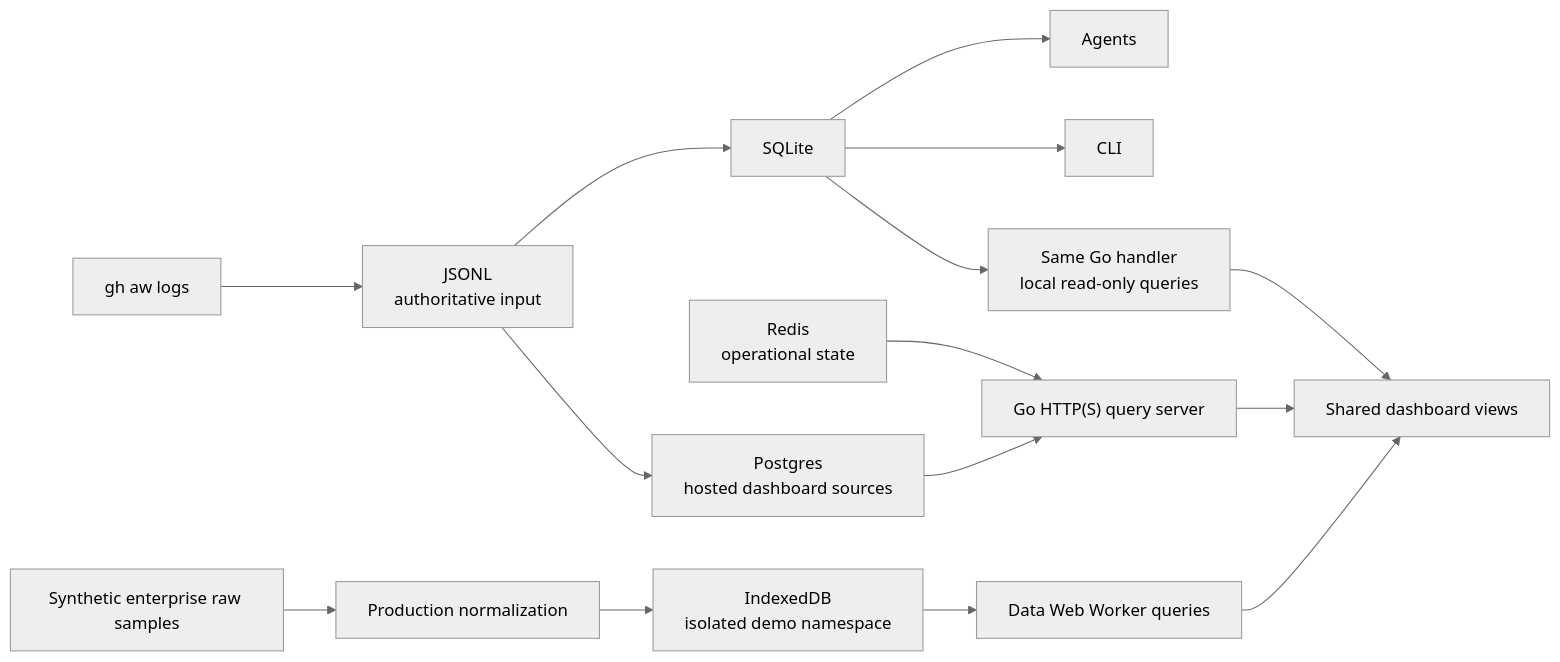
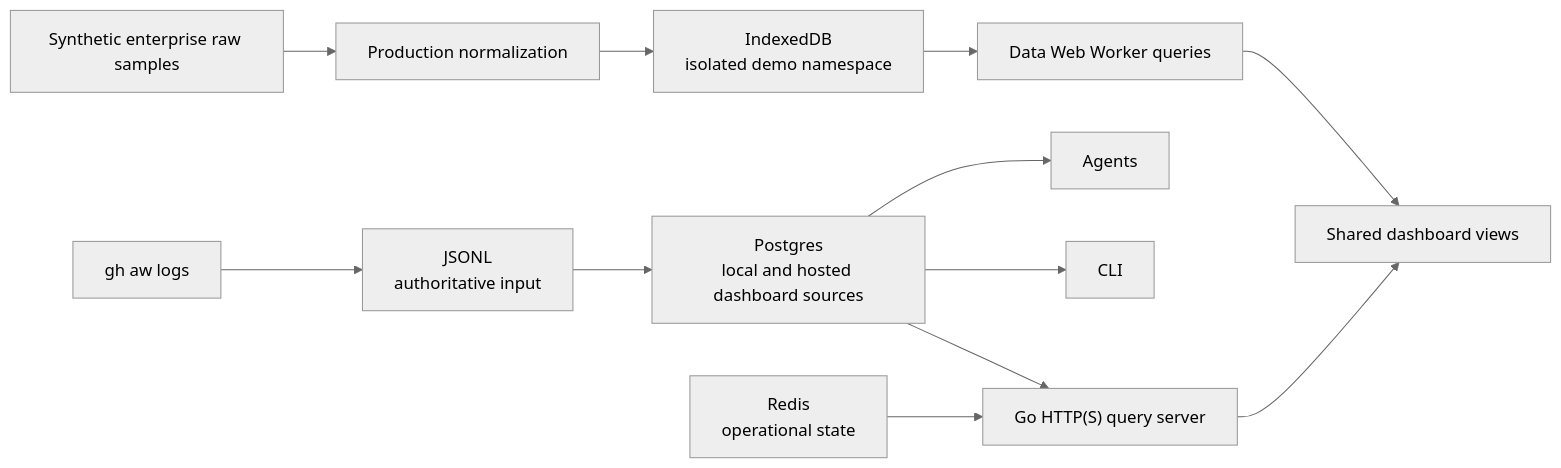
The first of 2 diagrams in specs/dashboard-data.md (githubnext/gh-cao), drawn with Mermaid (neutral theme) before and after one commit. The commit also changed other lines of this file and 325 other files, not shown here.

Commit message:
Remove SQLite backends in favor of local PostgreSQL

````diff
--- a/specs/dashboard-data.md
+++ b/specs/dashboard-data.md
@@ -597,15 +597,13 @@
 ```mermaid
 flowchart LR
   logs["gh aw logs"] --> source["JSONL<br/>authoritative input"]
-  source --> sqlite["SQLite"]
-  sqlite --> agents["Agents"]
-  sqlite --> cli["CLI"]
   samples["Synthetic enterprise raw samples"] --> normalize["Production normalization"]
   normalize --> indexeddb["IndexedDB<br/>isolated demo namespace"]
   indexeddb --> worker["Data Web Worker queries"] --> views["Shared dashboard views"]
-  source --> postgres["Postgres<br/>hosted dashboard sources"]
+  source --> postgres["Postgres<br/>local and hosted dashboard sources"]
+  postgres --> agents["Agents"]
+  postgres --> cli["CLI"]
   postgres --> go["Go HTTP(S) query server"]
   redis["Redis<br/>operational state"] --> go
   go --> views
-  sqlite --> local["Same Go handler<br/>local read-only queries"] --> views
 ```
````
